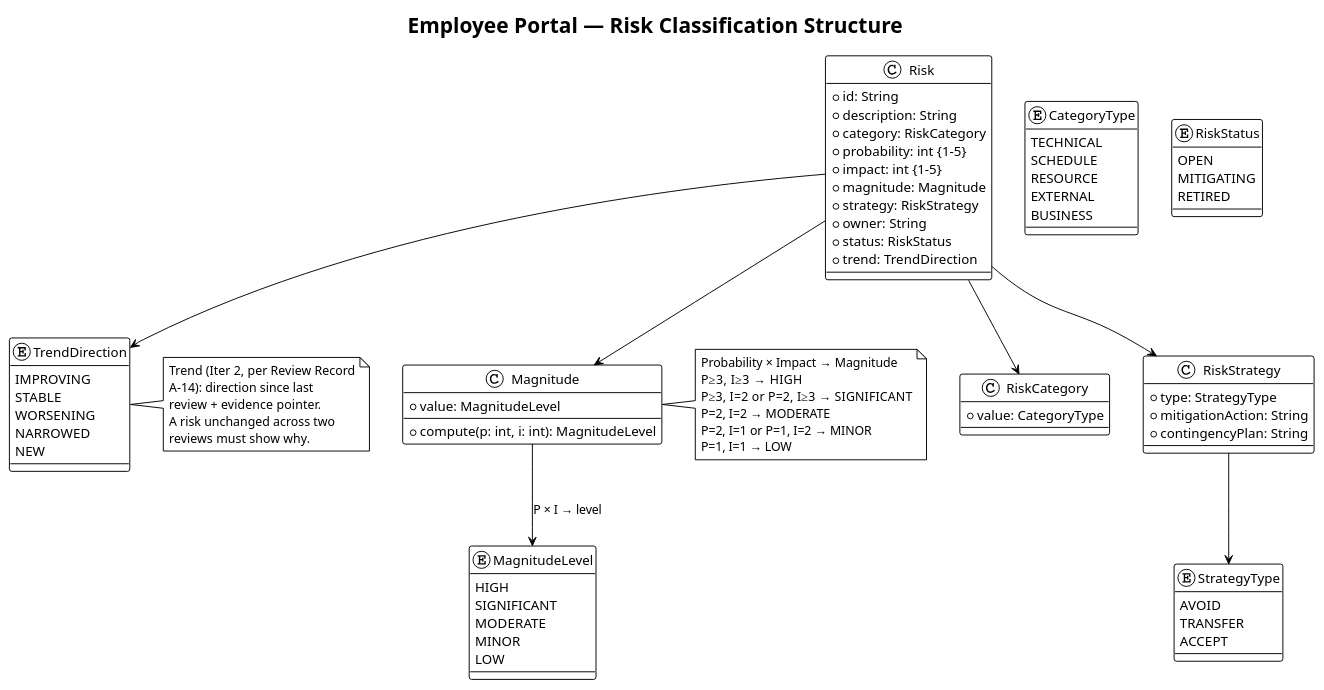
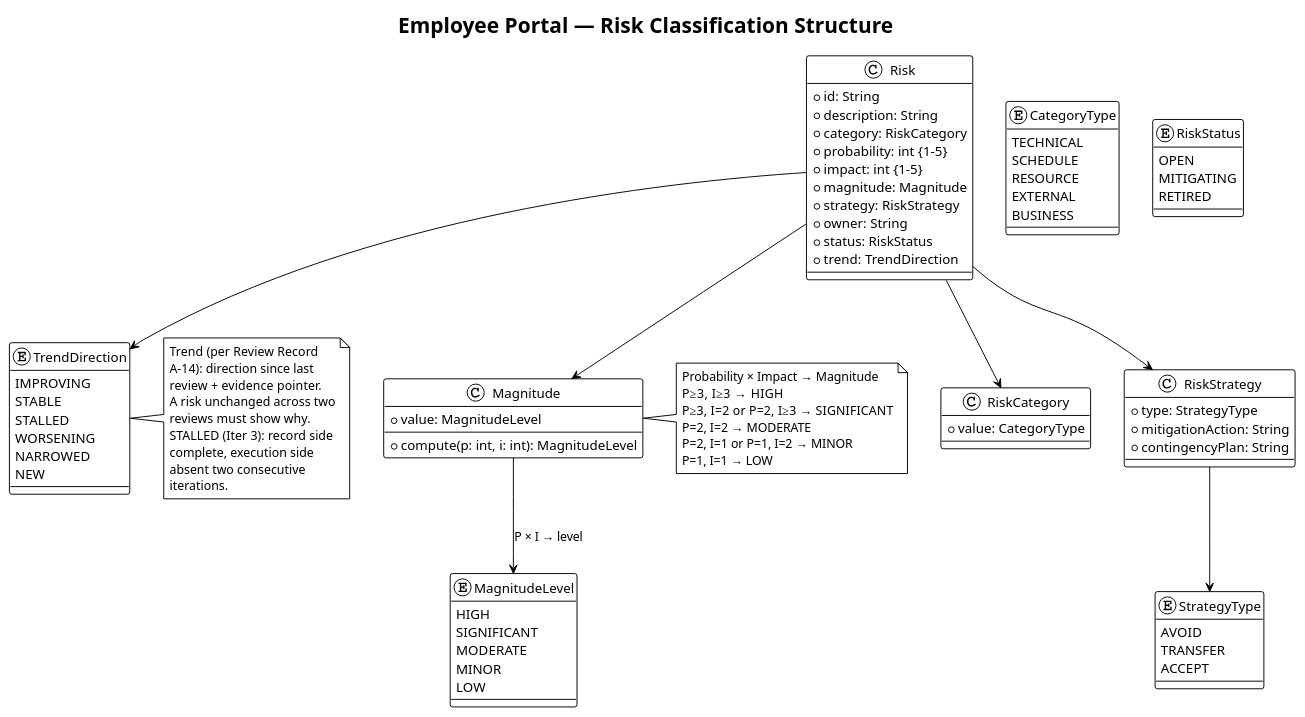
One commit to banense-test/employee-portal changed the first of 2 diagrams in docs/artifacts/project-management/risk-list.md. Above: the diagram before and after it, drawn with PlantUML. The commit also changed other lines of this file, not shown here.

```diff
--- a/docs/artifacts/project-management/risk-list.md
+++ b/docs/artifacts/project-management/risk-list.md
@@ -89,6 +90,7 @@
 enum TrendDirection {
   IMPROVING
   STABLE
+  STALLED
   WORSENING
   NARROWED
   NEW
@@ -102,11 +104,15 @@
 RiskStrategy --> StrategyType
 
 note right of TrendDirection
-  Trend (Iter 2, per Review Record
+  Trend (per Review Record
   A-14): direction since last
   review + evidence pointer.
   A risk unchanged across two
   reviews must show why.
+  STALLED (Iter 3): record side
+  complete, execution side
+  absent two consecutive
+  iterations.
 end note
 
 note right of Magnitude
```
